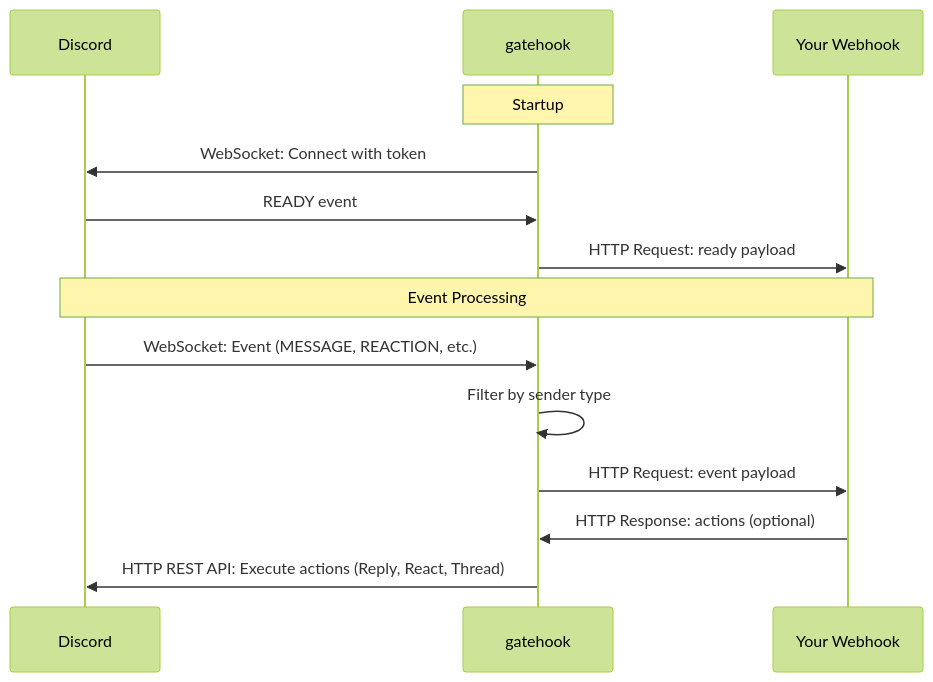
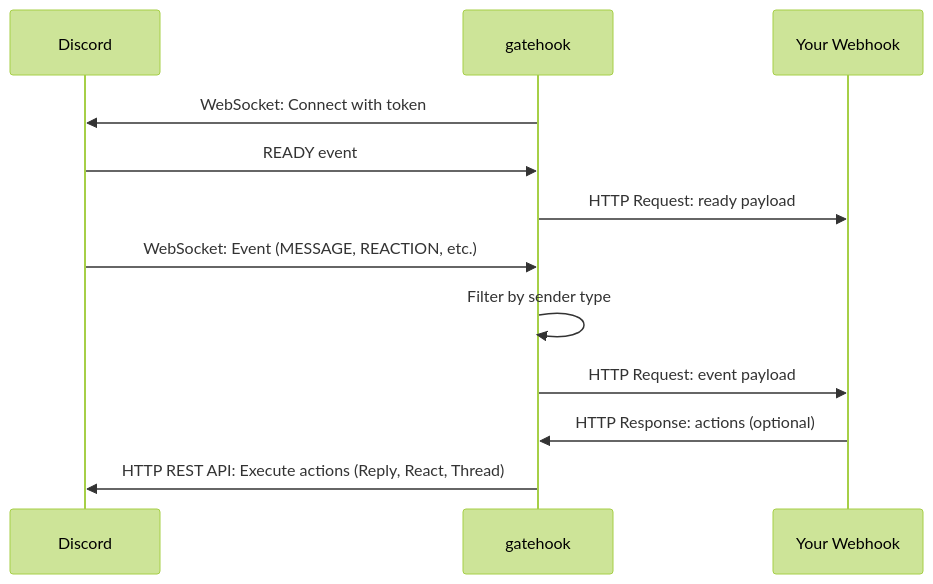
Before and after one commit to a24k/gatehook: the diagram in README.md, drawn with Mermaid (forest theme).

Commit message:
docs: Simplify sequence diagram by removing Note blocks
Removed "Startup" and "Event Processing" Note blocks to
make the diagram cleaner and more straightforward.
The flow is self-explanatory without section labels.

🤖 Generated with [Claude Code](https://claude.com/claude-code)

````diff
--- a/README.md
+++ b/README.md
@@ -20,18 +20,16 @@
 ```mermaid
 sequenceDiagram
     participant Discord
     participant gatehook
     participant Your Webhook
 
-    Note over gatehook: Startup
     gatehook->>Discord: WebSocket: Connect with token
     Discord->>gatehook: READY event
     gatehook->>Your Webhook: HTTP Request: ready payload
 
-    Note over Discord,Your Webhook: Event Processing
     Discord->>gatehook: WebSocket: Event (MESSAGE, REACTION, etc.)
     gatehook->>gatehook: Filter by sender type
     gatehook->>Your Webhook: HTTP Request: event payload
     Your Webhook->>gatehook: HTTP Response: actions (optional)
     gatehook->>Discord: HTTP REST API: Execute actions (Reply, React, Thread)
 ```
````
